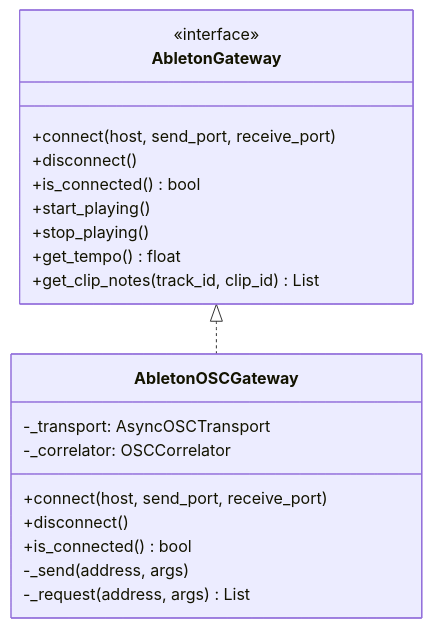
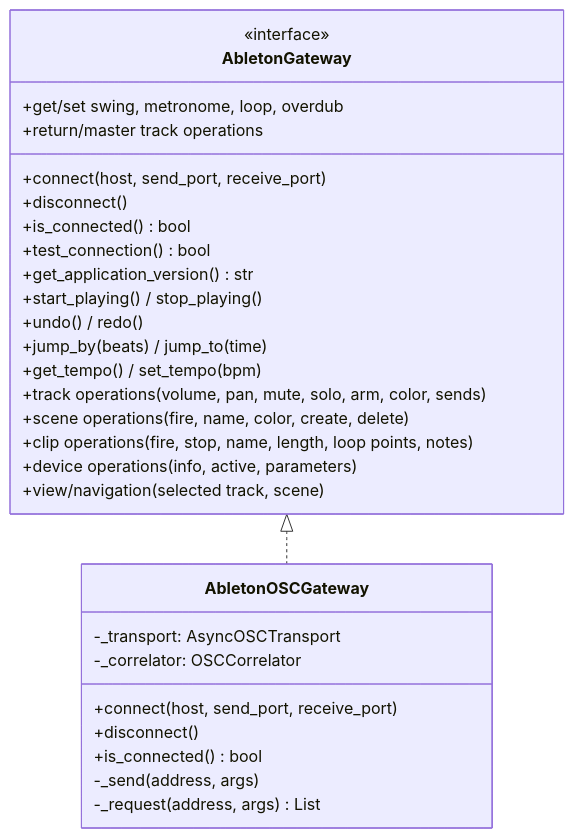
The sixth of 13 diagrams in docs/ARCHITECTURE_AND_DEVELOPMENT_GUIDE.md (josefigueredo/ableton-mcp), drawn with Mermaid before and after one commit. The commit also changed other lines of this file and 6 other files, not shown here.

````diff
--- a/docs/ARCHITECTURE_AND_DEVELOPMENT_GUIDE.md
+++ b/docs/ARCHITECTURE_AND_DEVELOPMENT_GUIDE.md
@@ -337,25 +337,34 @@
 ```mermaid
 classDiagram
     class AbletonGateway {
         <<interface>>
         +connect(host, send_port, receive_port)
         +disconnect()
         +is_connected() bool
-        +start_playing()
-        +stop_playing()
-        +get_tempo() float
-        +get_clip_notes(track_id, clip_id) List
+        +test_connection() bool
+        +get_application_version() str
+        +start_playing() / stop_playing()
+        +undo() / redo()
+        +jump_by(beats) / jump_to(time)
+        +get_tempo() / set_tempo(bpm)
+        +get/set swing, metronome, loop, overdub
+        +track operations (volume, pan, mute, solo, arm, color, sends)
+        +scene operations (fire, name, color, create, delete)
+        +clip operations (fire, stop, name, length, loop points, notes)
+        +return/master track operations
+        +device operations (info, active, parameters)
+        +view/navigation (selected track, scene)
     }
 
     class AbletonOSCGateway {
         -_transport: AsyncOSCTransport
         -_correlator: OSCCorrelator
         +connect(host, send_port, receive_port)
         +disconnect()
         +is_connected() bool
         -_send(address, args)
         -_request(address, args) List
     }
 
     AbletonGateway <|.. AbletonOSCGateway
 ```
````
